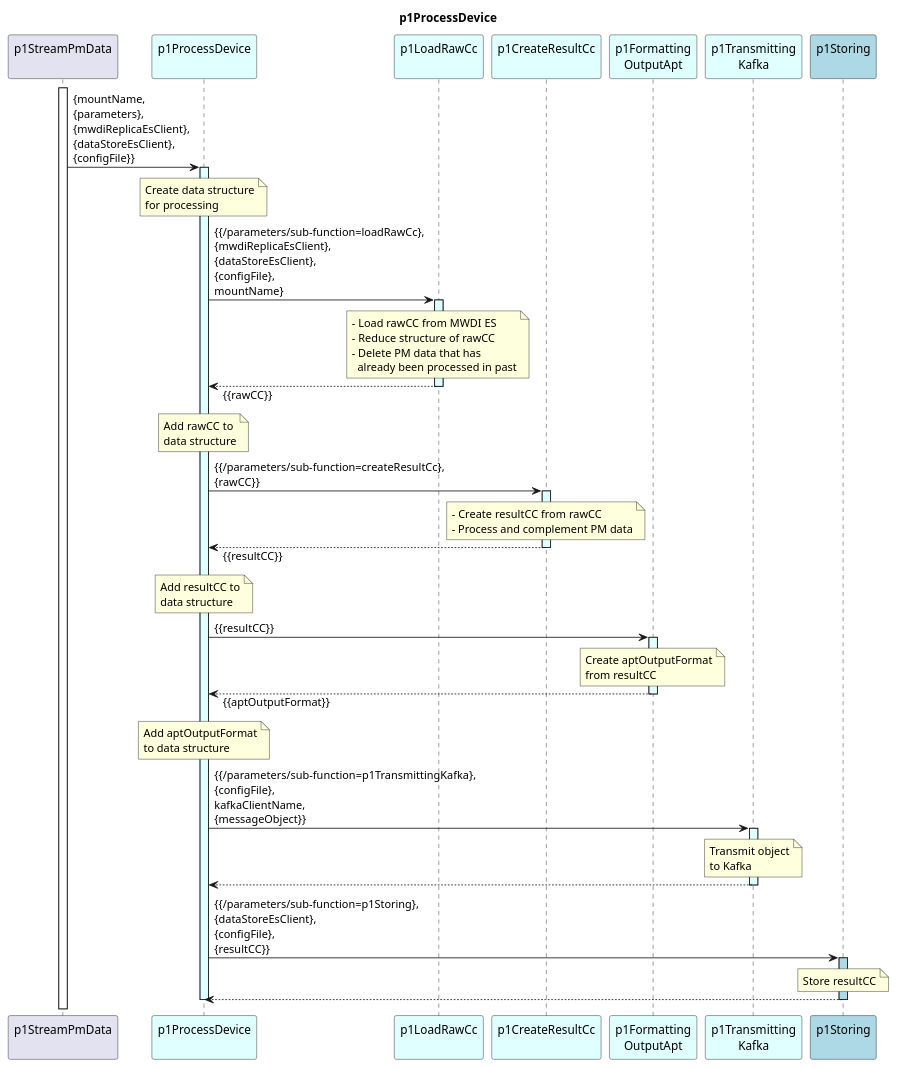
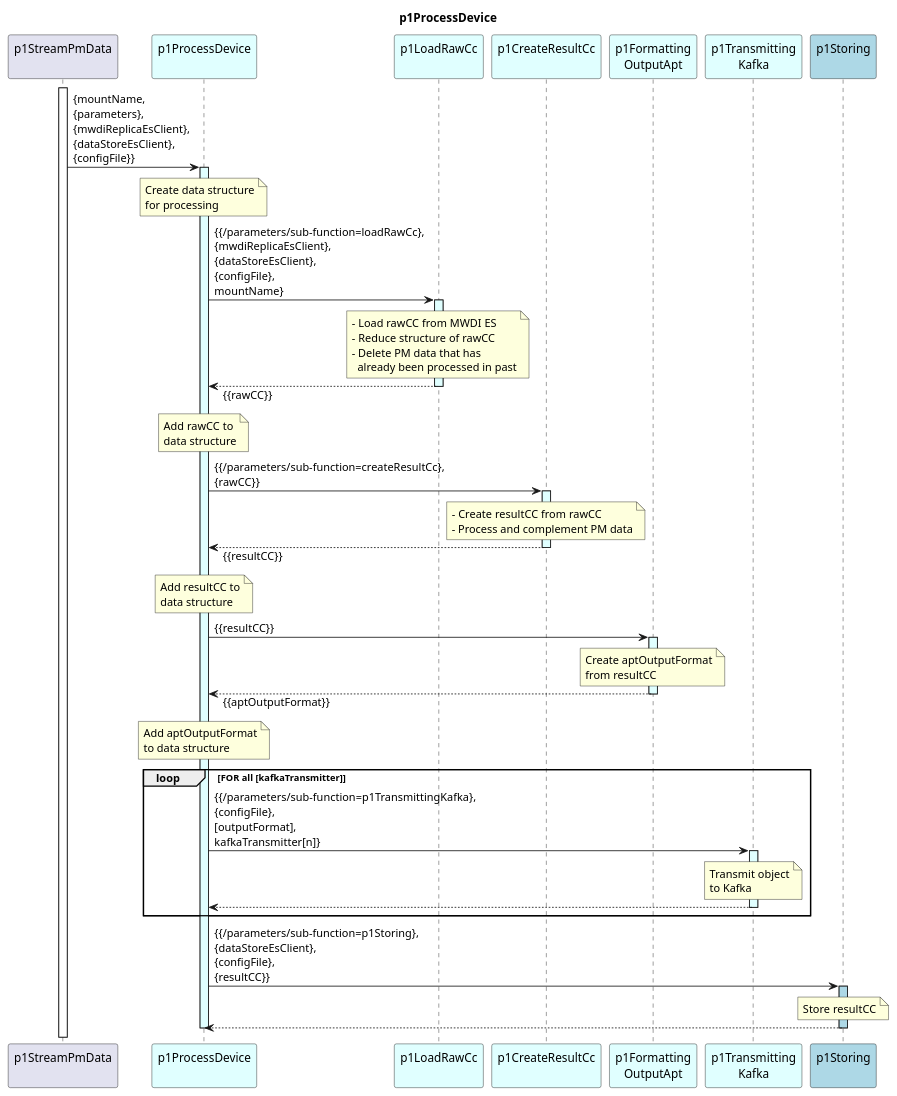
Before and after one commit to openBackhaul/DevicePerformanceManagementDataProcessor: the diagram in spec/Functions/specificFunctions/p1StreamPmData/p1ProcessDevice/1.0.0/p1ProcessDevice.plantuml, drawn with PlantUML. The commit also changed 21 other files, not shown here.

Commit message:
Review p1TransmittingKafka

```diff
--- a/spec/Functions/specificFunctions/p1StreamPmData/p1ProcessDevice/1.0.0/p1ProcessDevice.plantuml
+++ b/spec/Functions/specificFunctions/p1StreamPmData/p1ProcessDevice/1.0.0/p1ProcessDevice.plantuml
@@ -1,100 +1,104 @@
 @startuml p1ProcessDevice
 skinparam responseMessageBelowArrow true
 
 title
   p1ProcessDevice
 end title
 
 participant "p1StreamPmData\n" as requestor
 participant "p1ProcessDevice\n" as p1ProOrch #LightCyan
 participant "p1LoadRawCc\n" as p1AddRaw #LightCyan
 participant "p1CreateResultCc\n" as p1CRC #LightCyan
 participant "p1Formatting\nOutputApt" as p1Output #LightCyan
 participant "p1Transmitting\nKafka" as p1Trans #LightCyan
 participant "p1Storing\n" as p1Store #LightBlue
 
 
 activate requestor
 
 requestor -> p1ProOrch : {mountName,\n{parameters},\n{mwdiReplicaEsClient},\n{dataStoreEsClient},\n{configFile}}
 activate p1ProOrch #LightCyan
 
   note over p1ProOrch
     Create data structure
     for processing
   end note
 
   p1ProOrch -> p1AddRaw : {{/parameters/sub-function=loadRawCc},\n{mwdiReplicaEsClient},\n{dataStoreEsClient},\n{configFile},\nmountName}
   activate p1AddRaw #LightCyan
 
     note over p1AddRaw
       - Load rawCC from MWDI ES
       - Reduce structure of rawCC
       - Delete PM data that has
         already been processed in past
     end note
 
   p1ProOrch <-- p1AddRaw : {{rawCC}}
   deactivate p1AddRaw
 
   note over p1ProOrch
     Add rawCC to
     data structure
   end note
 
   p1ProOrch -> p1CRC : {{/parameters/sub-function=createResultCc},\n{rawCC}}
   activate p1CRC #LightCyan
 
     note over p1CRC
       - Create resultCC from rawCC
       - Process and complement PM data
     end note
 
   p1ProOrch <-- p1CRC : {{resultCC}}
   deactivate p1CRC
 
   note over p1ProOrch
     Add resultCC to
     data structure
   end note
 
   p1ProOrch -> p1Output : {{resultCC}}
   activate p1Output #LightCyan
 
     note over p1Output
       Create aptOutputFormat
       from resultCC
     end note
 
   p1ProOrch <-- p1Output : {{aptOutputFormat}}
   deactivate p1Output
 
   note over p1ProOrch
     Add aptOutputFormat
     to data structure
   end note
 
-  p1ProOrch -> p1Trans : {{/parameters/sub-function=p1TransmittingKafka},\n{configFile},\nkafkaClientName,\n{messageObject}}
-  activate p1Trans #LightCyan
+  loop FOR all [kafkaTransmitter]
 
-    note over p1Trans
-      Transmit object
-      to Kafka
-    end note
+    p1ProOrch -> p1Trans : {{/parameters/sub-function=p1TransmittingKafka},\n{configFile},\n[outputFormat],\nkafkaTransmitter[n]}
+    activate p1Trans #LightCyan
 
-  p1ProOrch <-- p1Trans
-  deactivate p1Trans
+      note over p1Trans
+        Transmit object
+        to Kafka
+      end note
+
+    p1ProOrch <-- p1Trans
+    deactivate p1Trans
+
+  end loop
 
   p1ProOrch -> p1Store : {{/parameters/sub-function=p1Storing},\n{dataStoreEsClient},\n{configFile},\n{resultCC}}
   activate p1Store #LightBlue
 
     note over p1Store
       Store resultCC
     end note
 
   p1ProOrch <-- p1Store
   deactivate p1Store
 
 deactivate p1ProOrch
 
 @enduml
```
